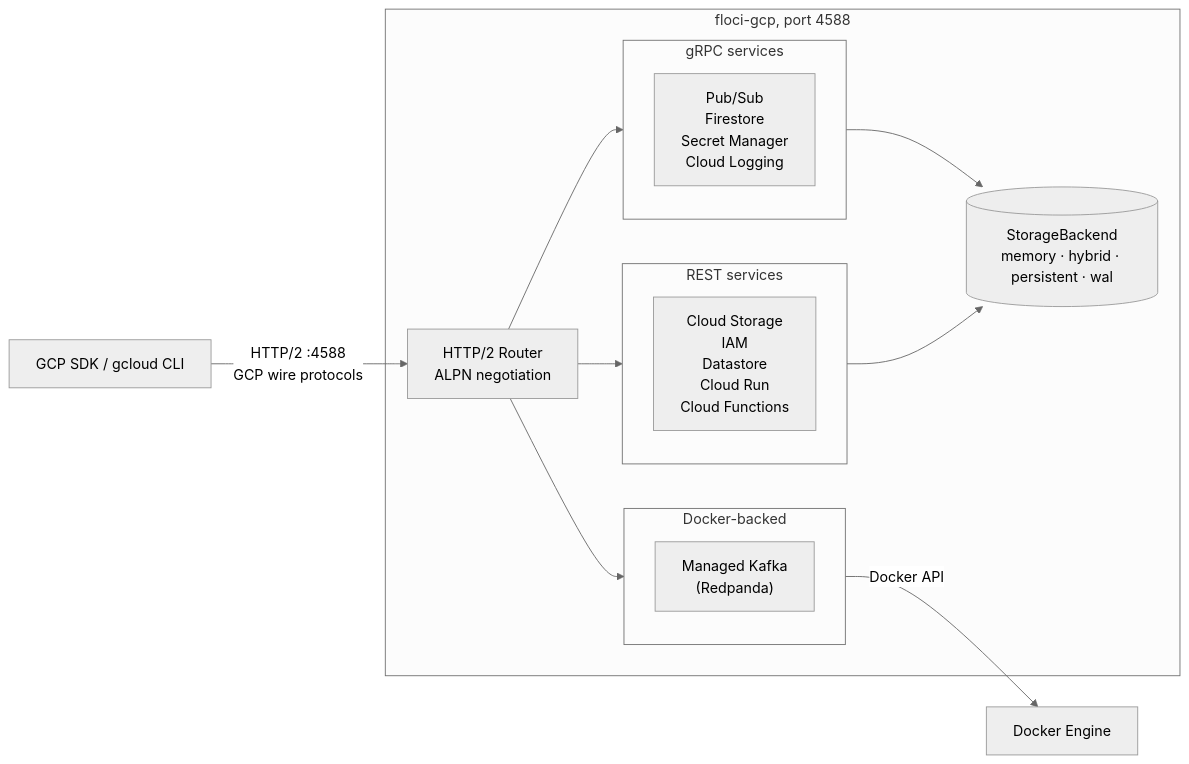
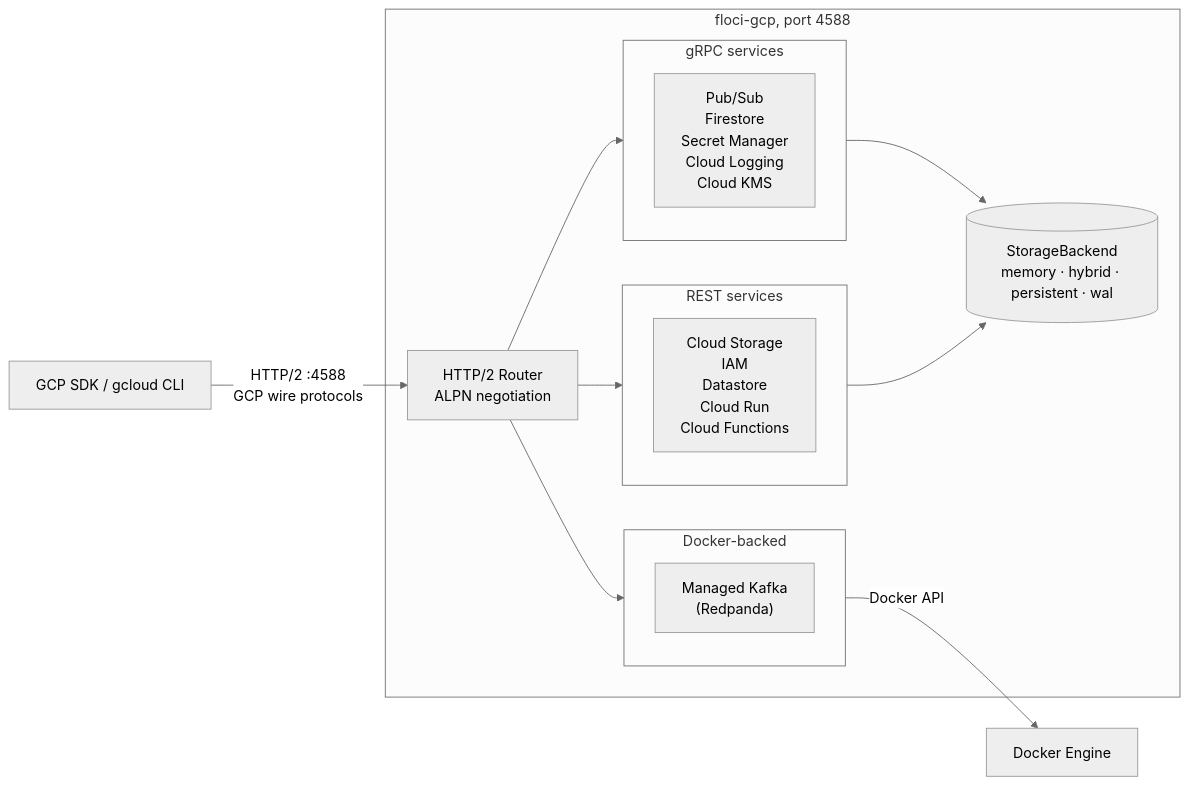
Before and after one commit to floci-io/floci-gcp: the diagram in README.md, drawn with Mermaid (neutral theme). The commit also changed other lines of this file and 36 other files, not shown here.

First line of the commit message:
feat(kms): implement Cloud KMS (gRPC + REST)

````diff
--- a/README.md
+++ b/README.md
@@ -144,29 +145,29 @@
 ```mermaid
 flowchart LR
     Client["GCP SDK / gcloud CLI"]
 
     subgraph FlociGCP ["floci-gcp, port 4588"]
         Router["HTTP/2 Router\nALPN negotiation"]
 
         subgraph GRPC ["gRPC services"]
-            A["Pub/Sub\nFirestore\nSecret Manager\nCloud Logging"]
+            A["Pub/Sub\nFirestore\nSecret Manager\nCloud Logging\nCloud KMS"]
         end
 
         subgraph REST ["REST services"]
             B["Cloud Storage\nIAM\nDatastore\nCloud Run\nCloud Functions"]
         end
 
         subgraph Docker ["Docker-backed"]
             C["Managed Kafka\n(Redpanda)"]
         end
 
         Router --> GRPC
         Router --> REST
         Router --> Docker
         GRPC & REST --> Store[("StorageBackend\nmemory · hybrid · persistent · wal")]
     end
 
     DockerEngine["Docker Engine"]
     Client -->|"HTTP/2 :4588\nGCP wire protocols"| Router
     Docker -->|"Docker API"| DockerEngine
 ```
````
